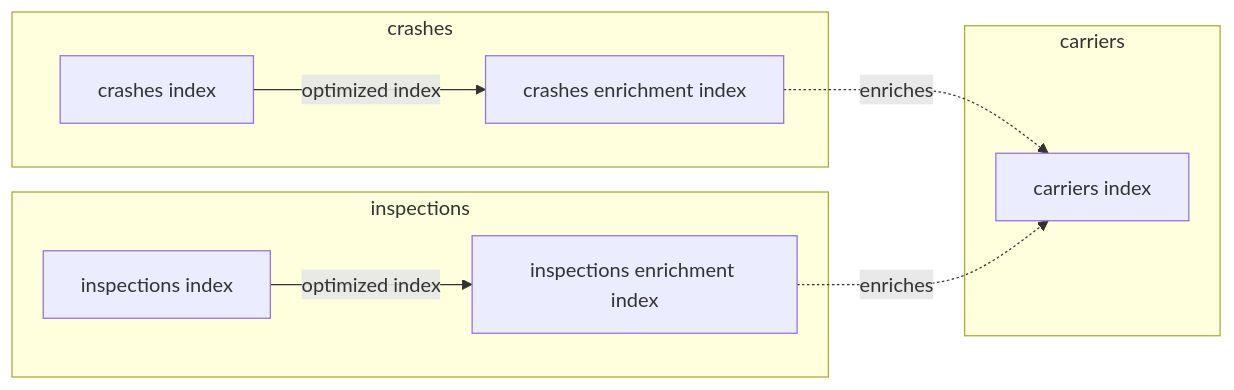
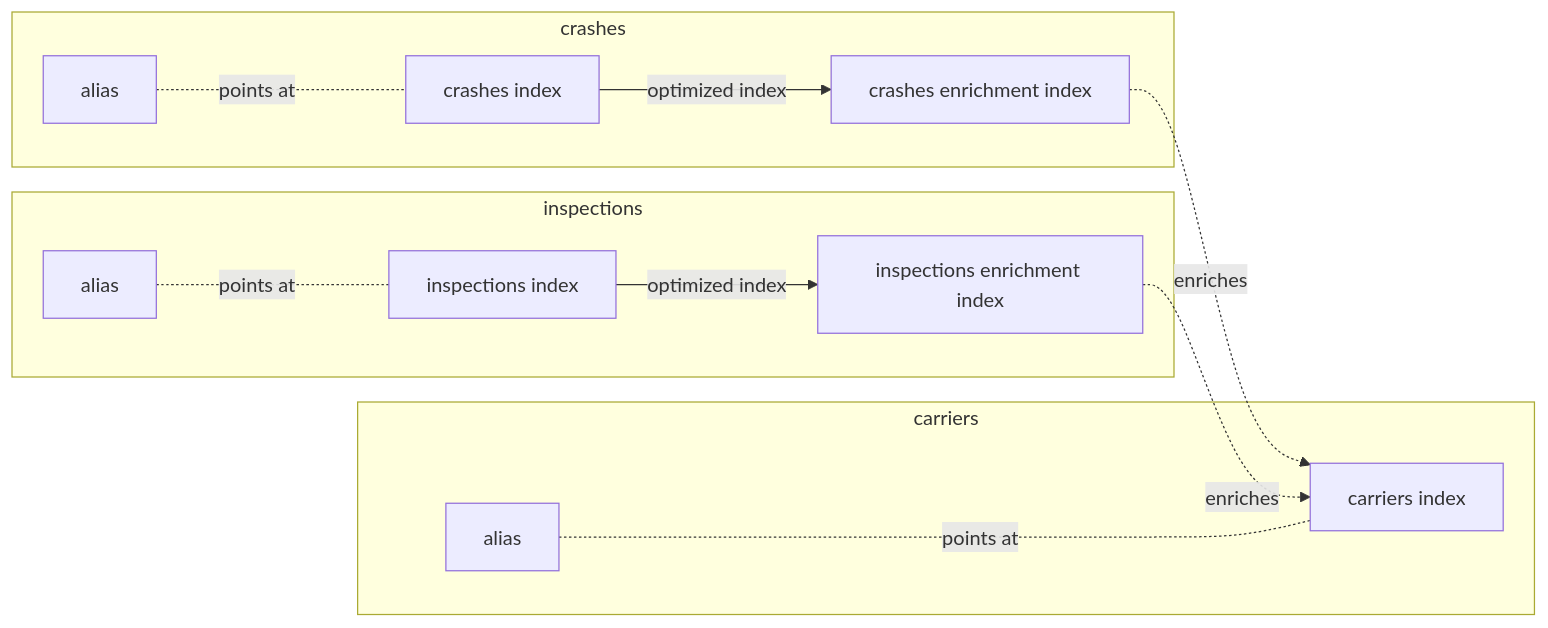
One commit to freemansoft/entitopia changed the first of 2 diagrams in DOT-Commercial/README.md. Above: the diagram before and after it, drawn with Mermaid. The commit also changed other lines of this file and 1 other file, not shown here.

````diff
--- a/DOT-Commercial/README.md
+++ b/DOT-Commercial/README.md
@@ -5,16 +22,16 @@
 ```mermaid
 flowchart LR
     subgraph crashes-graph[crashes]
-        crashes[crashes index]
+        crashes-alias[alias] -..-|points at| crashes[crashes index]
         crashes --> | optimized index| crashes-enrichment[crashes enrichment index]
     end
     subgraph inspections-graph[inspections]
-        inspections[inspections index]
+        inpsections-alias[alias] -..-|points at| inspections[inspections index]
         inspections --> |optimized index| inspections-enrichment[inspections enrichment index]
     end
     subgraph carriers-graph[carriers]
-        carriers-core[carriers index]
         crashes-enrichment -.->|enriches| carriers-core
         inspections-enrichment -.->|enriches| carriers-core
+        carriers-alias[alias] -..- | points at| carriers-core[carriers index]
     end
 ```
````
